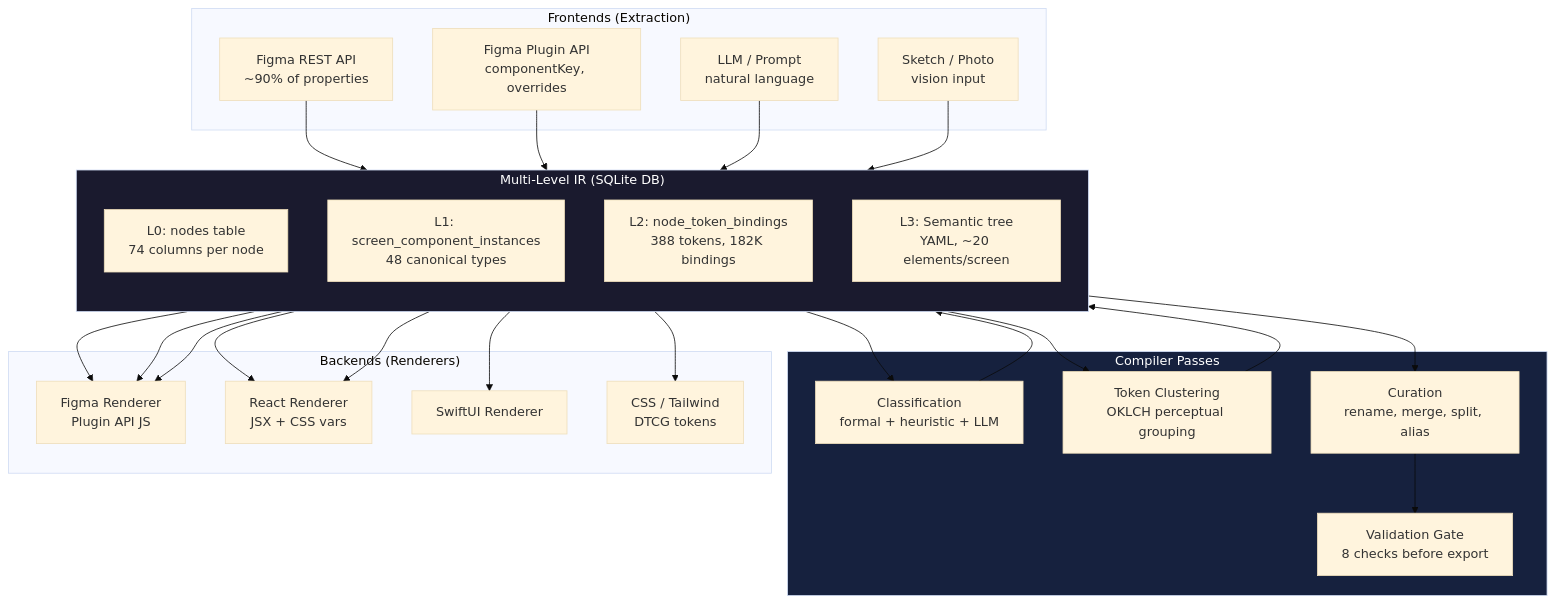
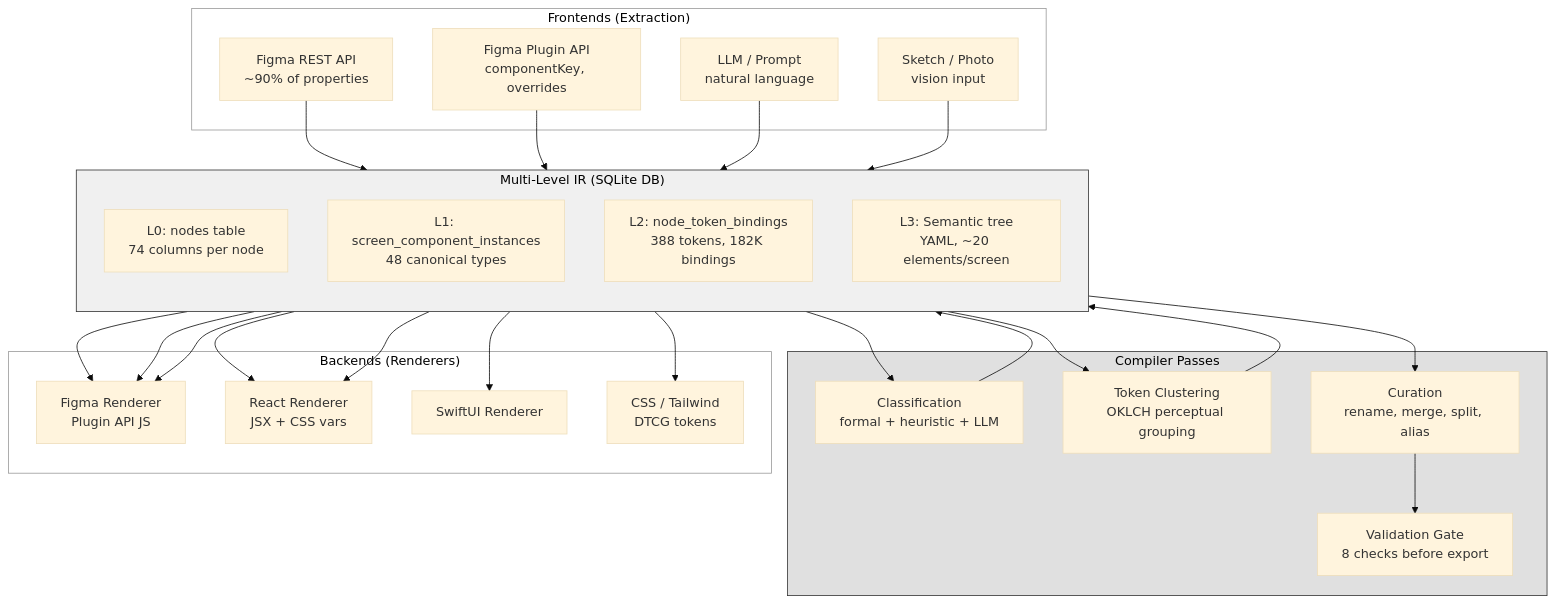
One commit to mpacione/declarative changed the fourth of 4 diagrams in README.md. Above: the diagram before and after it, drawn with Mermaid (base theme). The commit also changed other lines of this file, not shown here.

Commit message:
docs: streamline README — black/white diagrams, move quick start up, link deep sections

````diff
--- a/README.md
+++ b/README.md
@@ -244,52 +204,54 @@
 ```mermaid
 graph TB
     subgraph Extraction["Frontends (Extraction)"]
         REST["Figma REST API<br/>~90% of properties"]
         PLUGIN["Figma Plugin API<br/>componentKey, overrides"]
         PROMPT["LLM / Prompt<br/>natural language"]
         SKETCH["Sketch / Photo<br/>vision input"]
     end
 
     subgraph IR["Multi-Level IR (SQLite DB)"]
         direction TB
         NODES["L0: nodes table<br/>74 columns per node"]
         SCI["L1: screen_component_instances<br/>48 canonical types"]
         NTB["L2: node_token_bindings<br/>388 tokens, 182K bindings"]
         SEM["L3: Semantic tree<br/>YAML, ~20 elements/screen"]
     end
 
     subgraph Pipeline["Compiler Passes"]
         CLASSIFY["Classification<br/>formal + heuristic + LLM"]
         CLUSTER["Token Clustering<br/>OKLCH perceptual grouping"]
         CURATE["Curation<br/>rename, merge, split, alias"]
         VALIDATE["Validation Gate<br/>8 checks before export"]
     end
 
     subgraph Renderers["Backends (Renderers)"]
         FIGMA_R["Figma Renderer<br/>Plugin API JS"]
         REACT_R["React Renderer<br/>JSX + CSS vars"]
         SWIFT_R["SwiftUI Renderer"]
         CSS_R["CSS / Tailwind<br/>DTCG tokens"]
     end
 
     REST --> NODES
     PLUGIN --> NODES
     PROMPT --> SEM
     SKETCH --> SEM
 
     NODES --> CLASSIFY --> SCI
     NODES --> CLUSTER --> NTB
 
     NTB --> CURATE --> VALIDATE
 
     NODES --> FIGMA_R
     SCI --> FIGMA_R
     NTB --> FIGMA_R
     SEM --> REACT_R
     SCI --> REACT_R
     NTB --> SWIFT_R
     NTB --> CSS_R
 
-    style IR fill:#1a1a2e,color:#fff
-    style Pipeline fill:#16213e,color:#fff
+    style IR fill:#f0f0f0,color:#000,stroke:#333
+    style Pipeline fill:#e0e0e0,color:#000,stroke:#333
+    style Extraction fill:#fff,color:#000,stroke:#999
+    style Renderers fill:#fff,color:#000,stroke:#999
 ```
````
